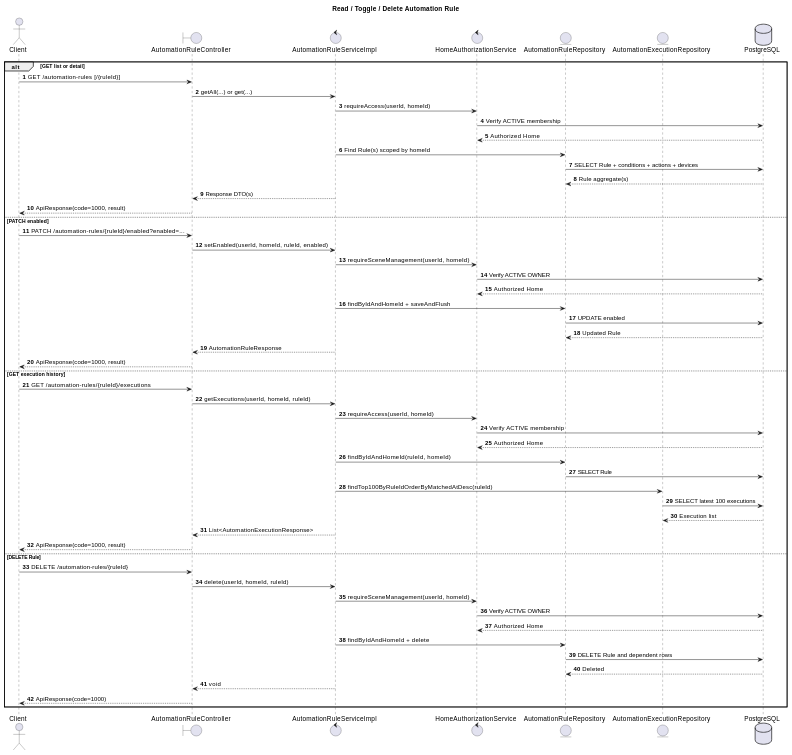
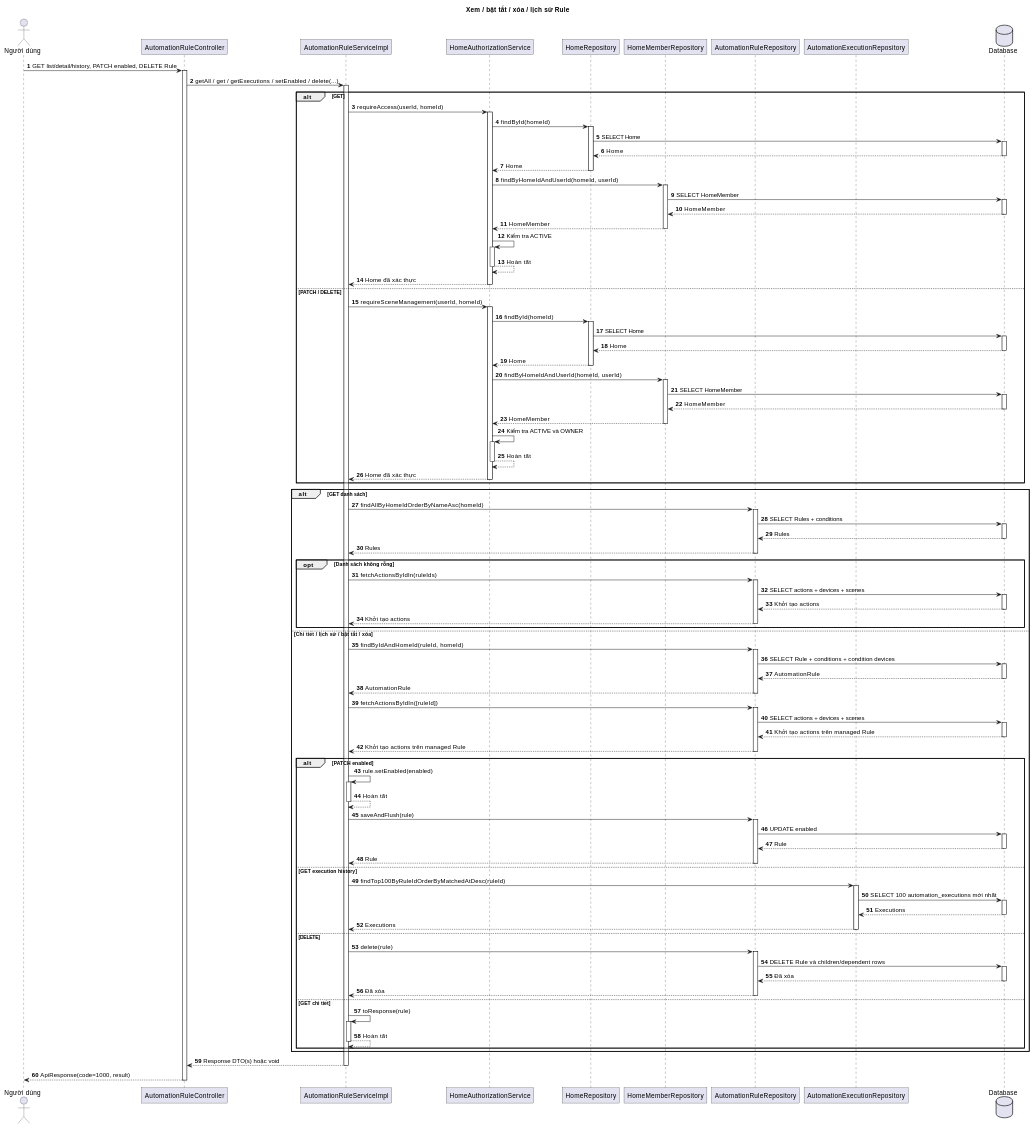
One commit to diethon/backend_hesta changed the seventh of 16 diagrams in docs/AUTOMATION_BEHAVIOR_IMPLEMENTATION.md. Above: the diagram before and after it, drawn with PlantUML. The commit also changed other lines of this file and 3 other files, not shown here.

````diff
--- a/docs/AUTOMATION_BEHAVIOR_IMPLEMENTATION.md
+++ b/docs/AUTOMATION_BEHAVIOR_IMPLEMENTATION.md
@@ -550,62 +1002,153 @@
 ```plantuml
-@startuml Automation_Rule_Other_Operations
-title Read / Toggle / Delete Automation Rule
+@startuml Automation_Rule_Read_Toggle_Delete_History
+title Xem / bật tắt / xóa / lịch sử Rule
+skinparam backgroundColor white
+skinparam shadowing false
+skinparam roundcorner 0
+skinparam defaultFontName Arial
+
 autonumber
-
-actor Client
-boundary AutomationRuleController as Controller
-control AutomationRuleServiceImpl as Service
-control HomeAuthorizationService as Authorization
-entity AutomationRuleRepository as RuleRepo
-entity AutomationExecutionRepository as ExecutionRepo
-database PostgreSQL as DB
-
-alt GET list or detail
-    Client -> Controller: GET /automation-rules [/{ruleId}]
-    Controller -> Service: getAll(...) or get(...)
-    Service -> Authorization: requireAccess(userId, homeId)
-    Authorization -> DB: Verify ACTIVE membership
-    DB --> Authorization: Authorized Home
-    Service -> RuleRepo: Find Rule(s) scoped by homeId
-    RuleRepo -> DB: SELECT Rule + conditions + actions + devices
-    DB --> RuleRepo: Rule aggregate(s)
-    Service --> Controller: Response DTO(s)
-    Controller --> Client: ApiResponse(code=1000, result)
-else PATCH enabled
-    Client -> Controller: PATCH /automation-rules/{ruleId}/enabled?enabled=...
-    Controller -> Service: setEnabled(userId, homeId, ruleId, enabled)
-    Service -> Authorization: requireSceneManagement(userId, homeId)
-    Authorization -> DB: Verify ACTIVE OWNER
-    DB --> Authorization: Authorized Home
-    Service -> RuleRepo: findByIdAndHomeId + saveAndFlush
-    RuleRepo -> DB: UPDATE enabled
-    DB --> RuleRepo: Updated Rule
-    Service --> Controller: AutomationRuleResponse
-    Controller --> Client: ApiResponse(code=1000, result)
+actor "Người dùng" as Client
+participant "AutomationRuleController" as Controller
+participant "AutomationRuleServiceImpl" as Service
+participant "HomeAuthorizationService" as Auth
+participant "HomeRepository" as HomeRepo
+participant "HomeMemberRepository" as MemberRepo
+participant "AutomationRuleRepository" as RuleRepo
+participant "AutomationExecutionRepository" as ExecutionRepo
+database "Database" as DB
+Client -> Controller: GET list/detail/history, PATCH enabled, DELETE Rule
+activate Controller
+Controller -> Service: getAll / get / getExecutions / setEnabled / delete(...)
+activate Service
+alt GET
+Service -> Auth: requireAccess(userId, homeId)
+activate Auth
+Auth -> HomeRepo: findById(homeId)
+activate HomeRepo
+HomeRepo -> DB: SELECT Home
+activate DB
+DB --> HomeRepo: Home
+deactivate DB
+HomeRepo --> Auth: Home
+deactivate HomeRepo
+Auth -> MemberRepo: findByHomeIdAndUserId(homeId, userId)
+activate MemberRepo
+MemberRepo -> DB: SELECT HomeMember
+activate DB
+DB --> MemberRepo: HomeMember
+deactivate DB
+MemberRepo --> Auth: HomeMember
+deactivate MemberRepo
+Auth -> Auth: Kiểm tra ACTIVE
+activate Auth
+Auth --> Auth: Hoàn tất
+deactivate Auth
+Auth --> Service: Home đã xác thực
+deactivate Auth
+else PATCH / DELETE
+Service -> Auth: requireSceneManagement(userId, homeId)
+activate Auth
+Auth -> HomeRepo: findById(homeId)
+activate HomeRepo
+HomeRepo -> DB: SELECT Home
+activate DB
+DB --> HomeRepo: Home
+deactivate DB
+HomeRepo --> Auth: Home
+deactivate HomeRepo
+Auth -> MemberRepo: findByHomeIdAndUserId(homeId, userId)
+activate MemberRepo
+MemberRepo -> DB: SELECT HomeMember
+activate DB
+DB --> MemberRepo: HomeMember
+deactivate DB
+MemberRepo --> Auth: HomeMember
+deactivate MemberRepo
+Auth -> Auth: Kiểm tra ACTIVE và OWNER
+activate Auth
+Auth --> Auth: Hoàn tất
+deactivate Auth
+Auth --> Service: Home đã xác thực
+deactivate Auth
+end
+alt GET danh sách
+Service -> RuleRepo: findAllByHomeIdOrderByNameAsc(homeId)
+activate RuleRepo
+RuleRepo -> DB: SELECT Rules + conditions
+activate DB
+DB --> RuleRepo: Rules
+deactivate DB
+RuleRepo --> Service: Rules
+deactivate RuleRepo
+opt Danh sách không rỗng
+Service -> RuleRepo: fetchActionsByIdIn(ruleIds)
+activate RuleRepo
+RuleRepo -> DB: SELECT actions + devices + scenes
+activate DB
+DB --> RuleRepo: Khởi tạo actions
+deactivate DB
+RuleRepo --> Service: Khởi tạo actions
+deactivate RuleRepo
+end
+else Chi tiết / lịch sử / bật tắt / xóa
+Service -> RuleRepo: findByIdAndHomeId(ruleId, homeId)
+activate RuleRepo
+RuleRepo -> DB: SELECT Rule + conditions + condition devices
+activate DB
+DB --> RuleRepo: AutomationRule
+deactivate DB
+RuleRepo --> Service: AutomationRule
+deactivate RuleRepo
+Service -> RuleRepo: fetchActionsByIdIn([ruleId])
+activate RuleRepo
+RuleRepo -> DB: SELECT actions + devices + scenes
+activate DB
+DB --> RuleRepo: Khởi tạo actions trên managed Rule
+deactivate DB
+RuleRepo --> Service: Khởi tạo actions trên managed Rule
+deactivate RuleRepo
+alt PATCH enabled
+Service -> Service: rule.setEnabled(enabled)
+activate Service
+Service --> Service: Hoàn tất
+deactivate Service
+Service -> RuleRepo: saveAndFlush(rule)
+activate RuleRepo
+RuleRepo -> DB: UPDATE enabled
+activate DB
+DB --> RuleRepo: Rule
+deactivate DB
+RuleRepo --> Service: Rule
+deactivate RuleRepo
 else GET execution history
-    Client -> Controller: GET /automation-rules/{ruleId}/executions
-    Controller -> Service: getExecutions(userId, homeId, ruleId)
-    Service -> Authorization: requireAccess(userId, homeId)
-    Authorization -> DB: Verify ACTIVE membership
-    DB --> Authorization: Authorized Home
-    Service -> RuleRepo: findByIdAndHomeId(ruleId, homeId)
-    RuleRepo -> DB: SELECT Rule
-    Service -> ExecutionRepo: findTop100ByRuleIdOrderByMatchedAtDesc(ruleId)
-    ExecutionRepo -> DB: SELECT latest 100 executions
-    DB --> ExecutionRepo: Execution list
-    Service --> Controller: List<AutomationExecutionResponse>
-    Controller --> Client: ApiResponse(code=1000, result)
-else DELETE Rule
-    Client -> Controller: DELETE /automation-rules/{ruleId}
-    Controller -> Service: delete(userId, homeId, ruleId)
-    Service -> Authorization: requireSceneManagement(userId, homeId)
-    Authorization -> DB: Verify ACTIVE OWNER
-    DB --> Authorization: Authorized Home
-    Service -> RuleRepo: findByIdAndHomeId + delete
-    RuleRepo -> DB: DELETE Rule and dependent rows
-    DB --> RuleRepo: Deleted
-    Service --> Controller: void
-    Controller --> Client: ApiResponse(code=1000)
+Service -> ExecutionRepo: findTop100ByRuleIdOrderByMatchedAtDesc(ruleId)
+activate ExecutionRepo
+ExecutionRepo -> DB: SELECT 100 automation_executions mới nhất
+activate DB
+DB --> ExecutionRepo: Executions
+deactivate DB
+ExecutionRepo --> Service: Executions
+deactivate ExecutionRepo
+else DELETE
+Service -> RuleRepo: delete(rule)
+activate RuleRepo
+RuleRepo -> DB: DELETE Rule và children/dependent rows
+activate DB
+DB --> RuleRepo: Đã xóa
+deactivate DB
+RuleRepo --> Service: Đã xóa
+deactivate RuleRepo
+else GET chi tiết
+Service -> Service: toResponse(rule)
+activate Service
+Service --> Service: Hoàn tất
+deactivate Service
 end
+end
+Service --> Controller: Response DTO(s) hoặc void
+deactivate Service
+Controller --> Client: ApiResponse(code=1000, result)
+deactivate Controller
 @enduml
 ```
````
